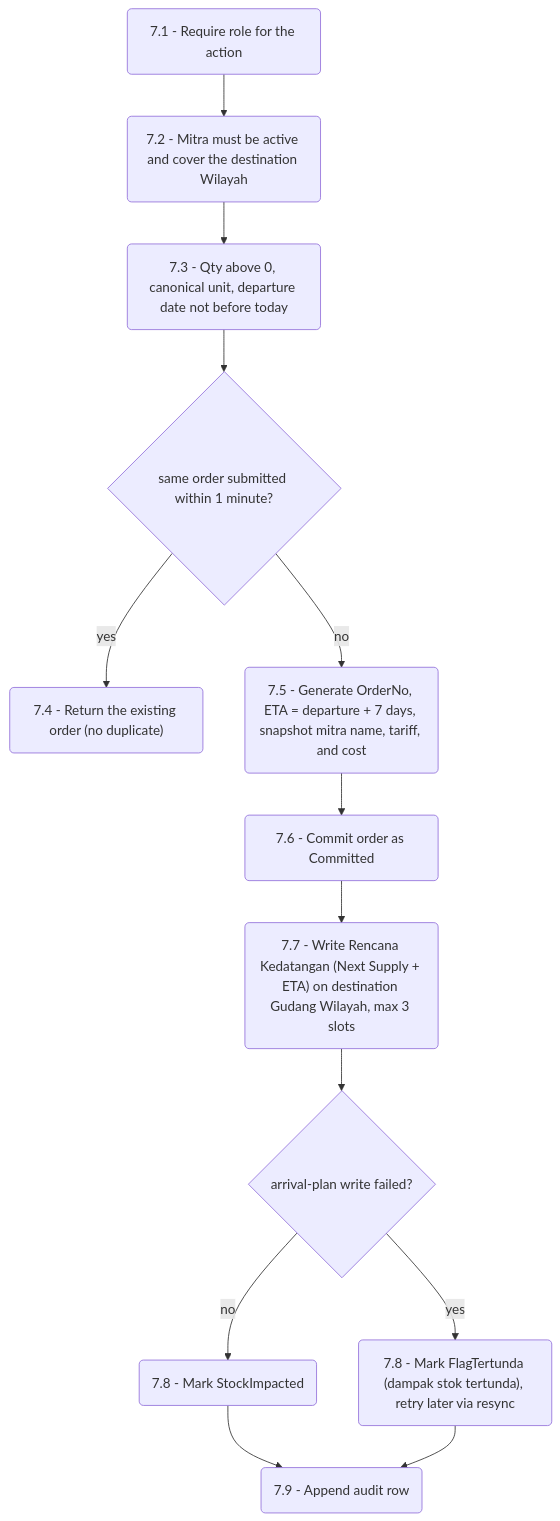
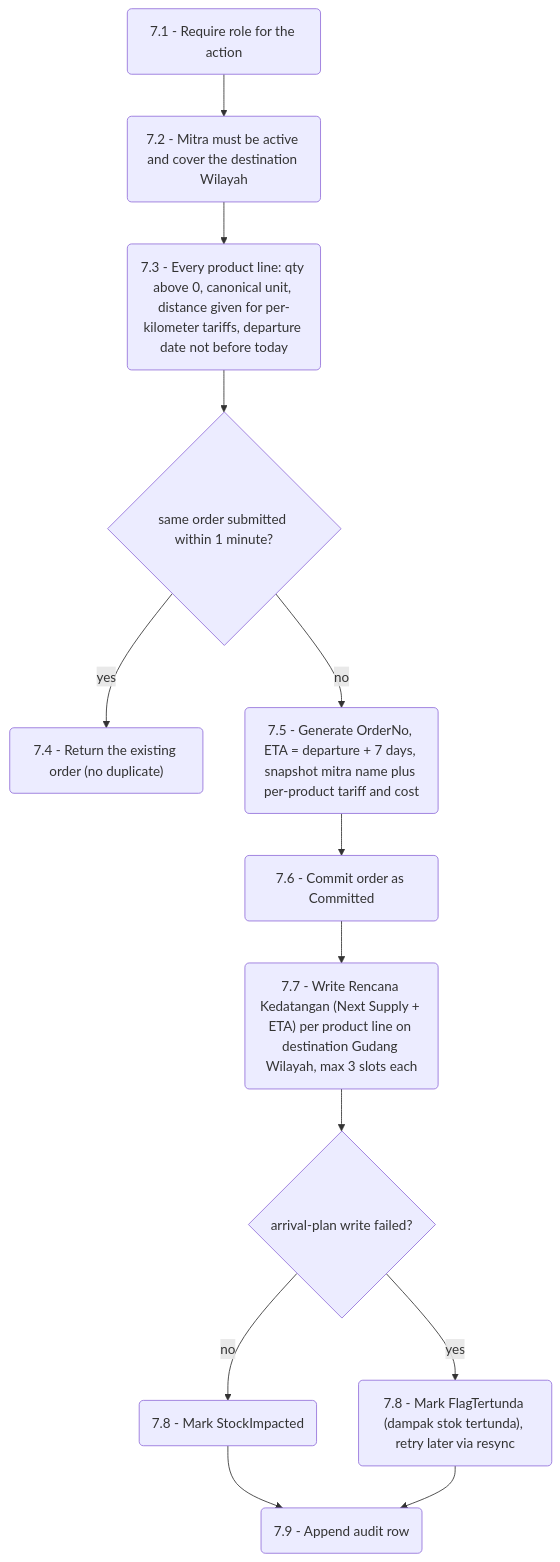
The fifth of 7 diagrams in architecture/04-dfd-level-2.md (dzulfiqois/stock-monitoring-tso), drawn with Mermaid before and after one commit. The commit also changed other lines of this file and 208 other files, not shown here.

````diff
--- a/architecture/04-dfd-level-2.md
+++ b/architecture/04-dfd-level-2.md
@@ -89,21 +94,21 @@
 ```mermaid
 flowchart TB
     E1("7.1 - Require role for the action")
     E2("7.2 - Mitra must be active and cover the destination Wilayah")
-    E3("7.3 - Qty above 0, canonical unit, departure date not before today")
+    E3("7.3 - Every product line: qty above 0, canonical unit, distance given for per-kilometer tariffs, departure date not before today")
     E4{"same order submitted within 1 minute?"}
     E5("7.4 - Return the existing order (no duplicate)")
-    E6("7.5 - Generate OrderNo, ETA = departure + 7 days, snapshot mitra name, tariff, and cost")
+    E6("7.5 - Generate OrderNo, ETA = departure + 7 days, snapshot mitra name plus per-product tariff and cost")
     E7("7.6 - Commit order as Committed")
-    E8("7.7 - Write Rencana Kedatangan (Next Supply + ETA) on destination Gudang Wilayah, max 3 slots")
+    E8("7.7 - Write Rencana Kedatangan (Next Supply + ETA) per product line on destination Gudang Wilayah, max 3 slots each")
     E9{"arrival-plan write failed?"}
     E10("7.8 - Mark StockImpacted")
     E11("7.8 - Mark FlagTertunda (dampak stok tertunda), retry later via resync")
     E12("7.9 - Append audit row")
 
     E1 --> E2 --> E3 --> E4
     E4 -- "yes" --> E5
     E4 -- "no" --> E6 --> E7 --> E8 --> E9
     E9 -- "no" --> E10 --> E12
     E9 -- "yes" --> E11 --> E12
 ```
````
